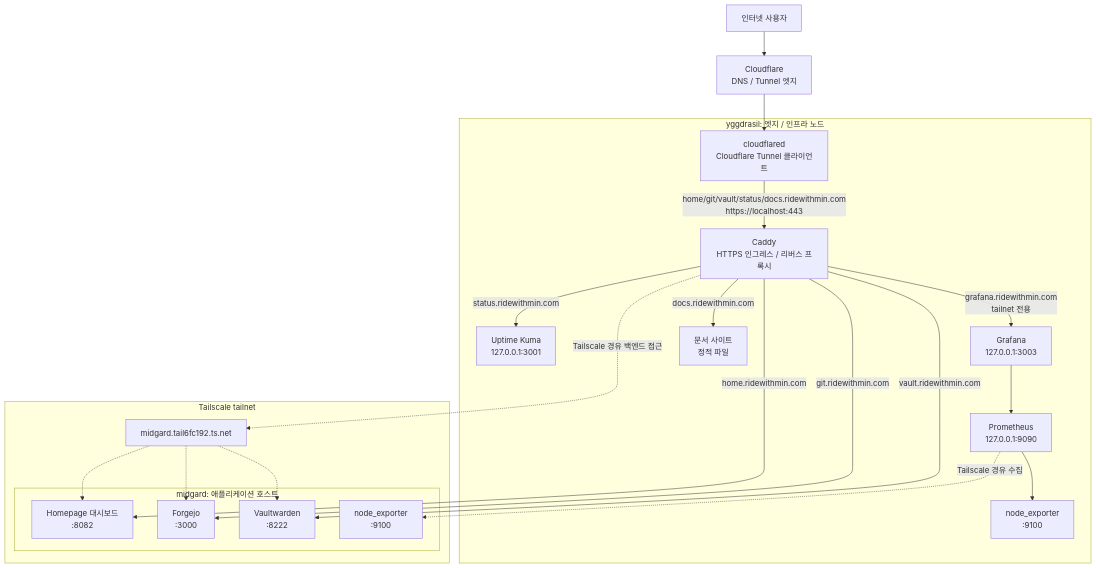
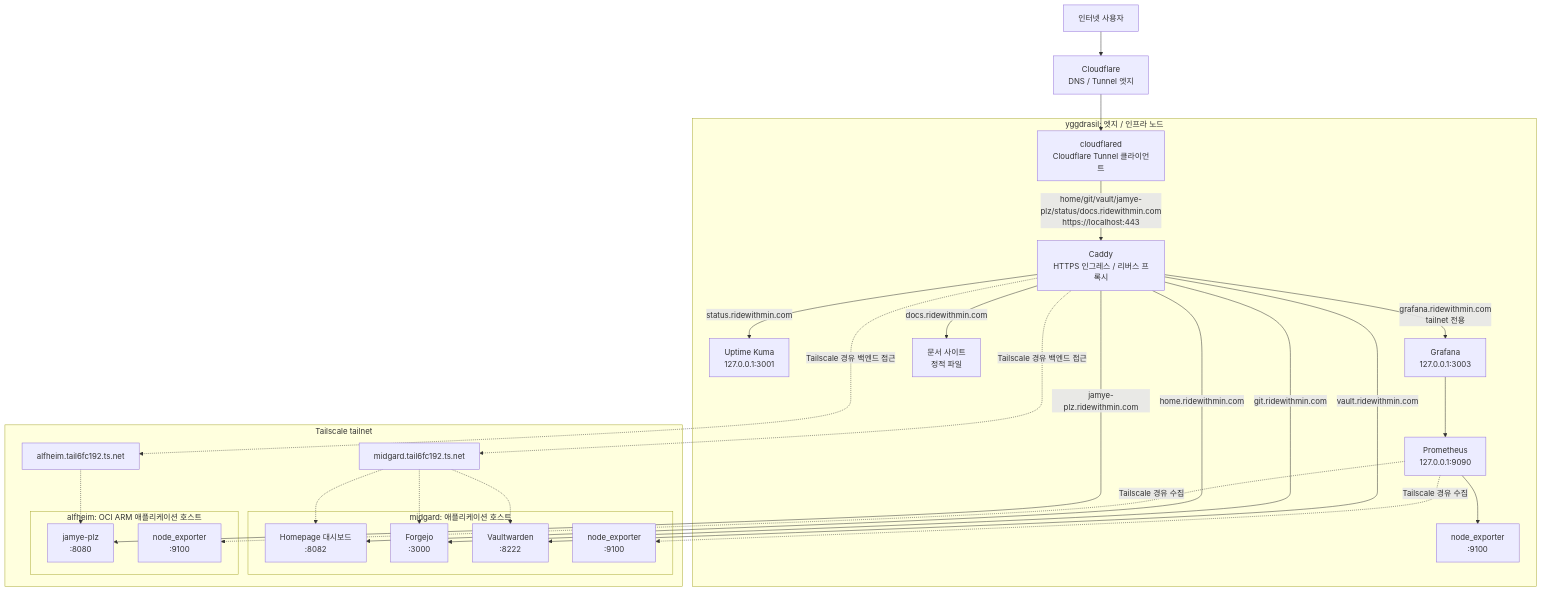
One commit to smg1024/homelab changed the diagram in docs/ko/architecture.md. Above: the diagram before and after it, drawn with Mermaid. The commit also changed other lines of this file and 19 other files, not shown here.

Commit message:
document jamye-plz deployment

````diff
--- a/docs/ko/architecture.md
+++ b/docs/ko/architecture.md
@@ -12,46 +12,56 @@
 ```mermaid
 flowchart TD
     internet["인터넷 사용자"]
     cloudflare["Cloudflare<br/>DNS / Tunnel 엣지"]
 
     subgraph yggdrasil["yggdrasil: 엣지 / 인프라 노드"]
         cloudflared["cloudflared<br/>Cloudflare Tunnel 클라이언트"]
         caddy["Caddy<br/>HTTPS 인그레스 / 리버스 프록시"]
         kuma["Uptime Kuma<br/>127.0.0.1:3001"]
         prometheus["Prometheus<br/>127.0.0.1:9090"]
         grafana["Grafana<br/>127.0.0.1:3003"]
         docsSite["문서 사이트<br/>정적 파일"]
         yNodeExporter["node_exporter<br/>:9100"]
     end
 
     subgraph tailnet["Tailscale tailnet"]
         midgardDns["midgard.tail6fc192.ts.net"]
+        alfheimDns["alfheim.tail6fc192.ts.net"]
 
         subgraph midgard["midgard: 애플리케이션 호스트"]
             homepage["Homepage 대시보드<br/>:8082"]
             forgejo["Forgejo<br/>:3000"]
             vaultwarden["Vaultwarden<br/>:8222"]
             mNodeExporter["node_exporter<br/>:9100"]
         end
+
+        subgraph alfheim["alfheim: OCI ARM 애플리케이션 호스트"]
+            jamyePlz["jamye-plz<br/>:8080"]
+            aNodeExporter["node_exporter<br/>:9100"]
+        end
     end
 
     internet --> cloudflare
     cloudflare --> cloudflared
-    cloudflared -->|"home/git/vault/status/docs.ridewithmin.com<br/>https://localhost:443"| caddy
+    cloudflared -->|"home/git/vault/jamye-plz/status/docs.ridewithmin.com<br/>https://localhost:443"| caddy
 
     caddy -->|"status.ridewithmin.com"| kuma
     caddy -->|"home.ridewithmin.com"| homepage
     caddy -->|"git.ridewithmin.com"| forgejo
     caddy -->|"vault.ridewithmin.com"| vaultwarden
+    caddy -->|"jamye-plz.ridewithmin.com"| jamyePlz
     caddy -->|"grafana.ridewithmin.com<br/>tailnet 전용"| grafana
     caddy -->|"docs.ridewithmin.com"| docsSite
 
     caddy -.->|Tailscale 경유 백엔드 접근| midgardDns
+    caddy -.->|Tailscale 경유 백엔드 접근| alfheimDns
     midgardDns -.-> homepage
     midgardDns -.-> forgejo
     midgardDns -.-> vaultwarden
+    alfheimDns -.-> jamyePlz
 
     prometheus --> yNodeExporter
     prometheus -.->|Tailscale 경유 수집| mNodeExporter
+    prometheus -.->|Tailscale 경유 수집| aNodeExporter
     grafana --> prometheus
 ```
````
